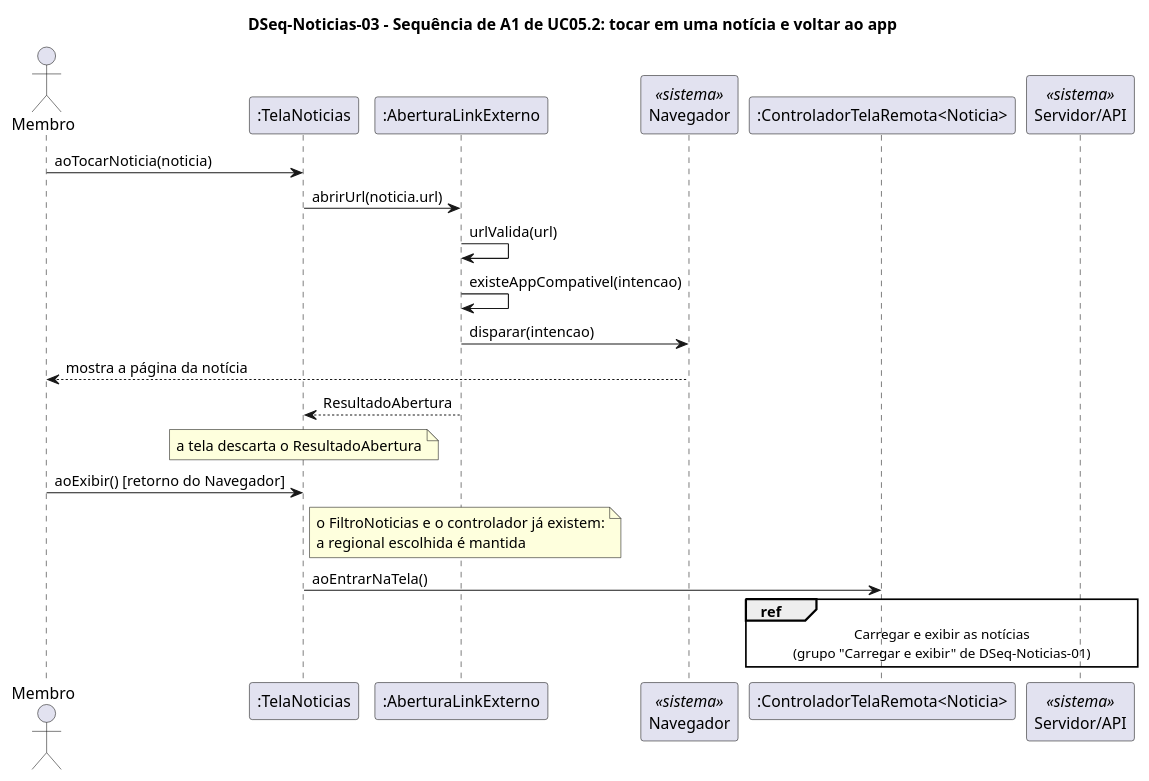
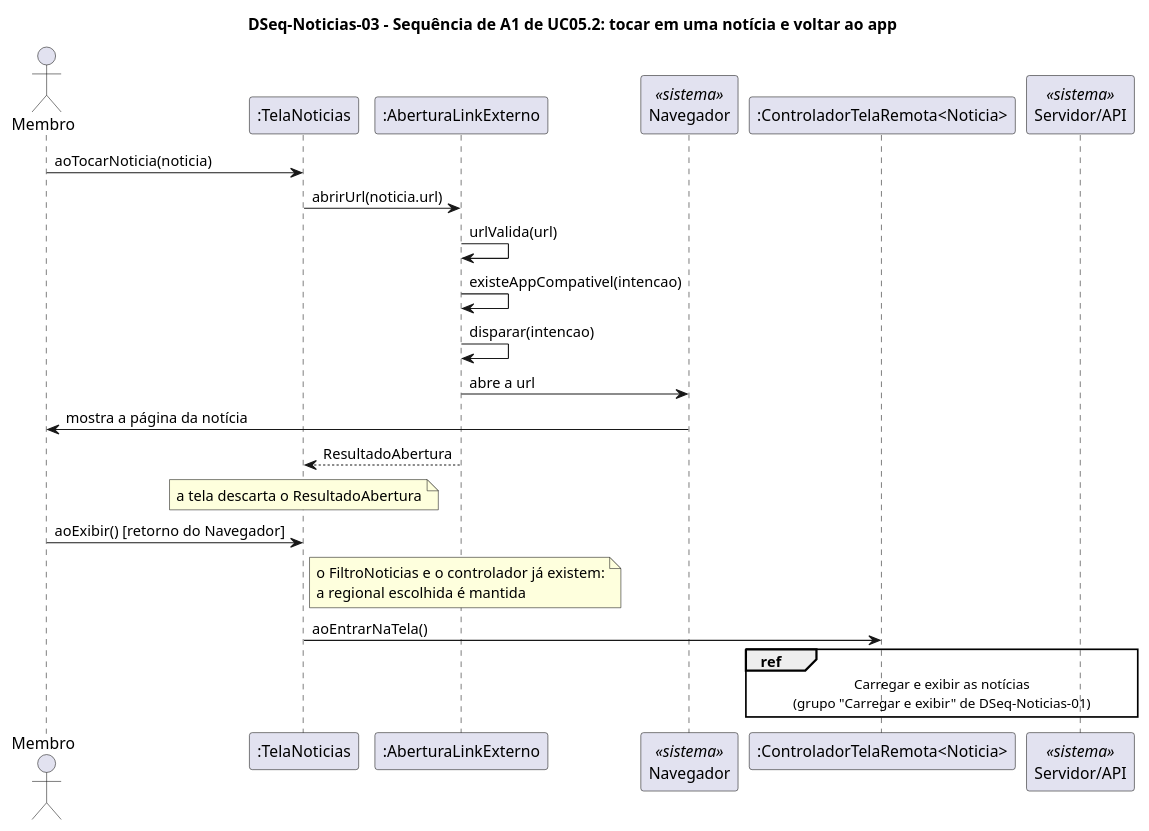
Before and after one commit to joseduardogon/Minha_UFG_Grupo_Cinza: the diagram in Noticias/DSeq-Noticias-03.puml, drawn with PlantUML. The commit also changed 43 other files, not shown here.

```diff
--- a/Noticias/DSeq-Noticias-03.puml
+++ b/Noticias/DSeq-Noticias-03.puml
@@ -1,22 +1,23 @@
 @startuml DSeq-Noticias-03
 title DSeq-Noticias-03 – Sequência de A1 de UC05.2: tocar em uma notícia e voltar ao app
 actor "Membro" as M
 participant ":TelaNoticias" as T
 participant ":AberturaLinkExterno" as L
 participant "Navegador" as N <<sistema>>
 participant ":ControladorTelaRemota<Noticia>" as K
 participant "Servidor/API" as S <<sistema>>
 
 M -> T : aoTocarNoticia(noticia)
 T -> L : abrirUrl(noticia.url)
 L -> L : urlValida(url)
 L -> L : existeAppCompativel(intencao)
-L -> N : disparar(intencao)
-N --> M : mostra a página da notícia
+L -> L : disparar(intencao)
+L -> N : abre a url
+N -> M : mostra a página da notícia
 L --> T : ResultadoAbertura
 note over T : a tela descarta o ResultadoAbertura
 M -> T : aoExibir() [retorno do Navegador]
 note right of T : o FiltroNoticias e o controlador já existem:\na regional escolhida é mantida
 T -> K : aoEntrarNaTela()
 ref over K, S : Carregar e exibir as notícias\n(grupo "Carregar e exibir" de DSeq-Noticias-01)
 @enduml
```
